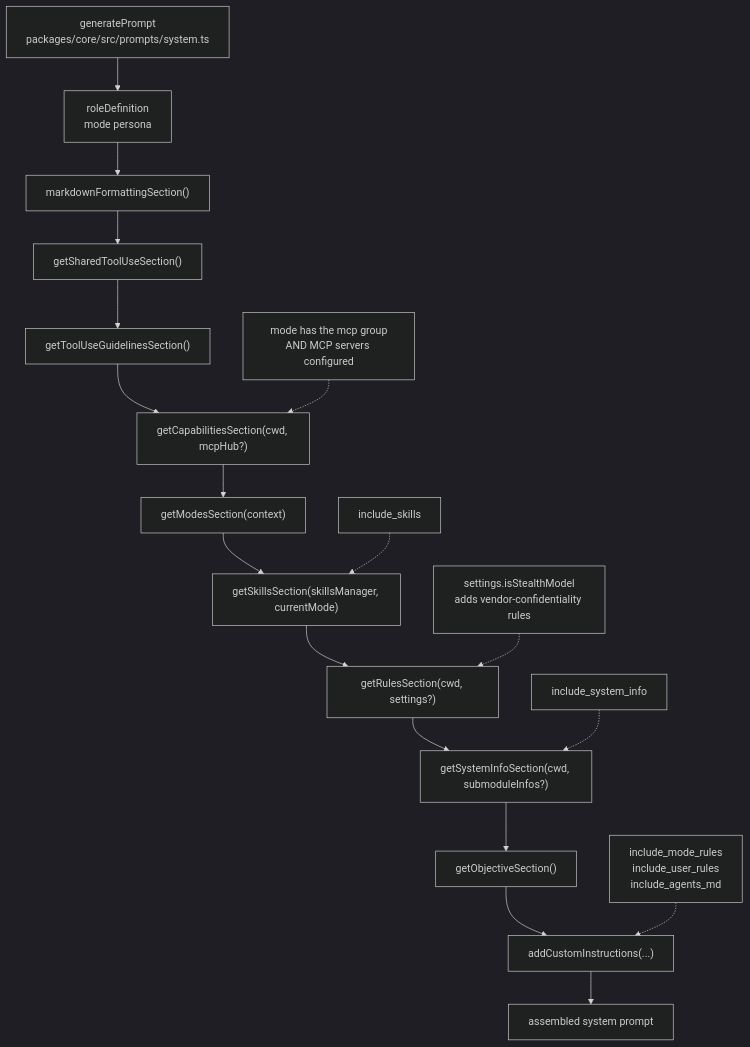
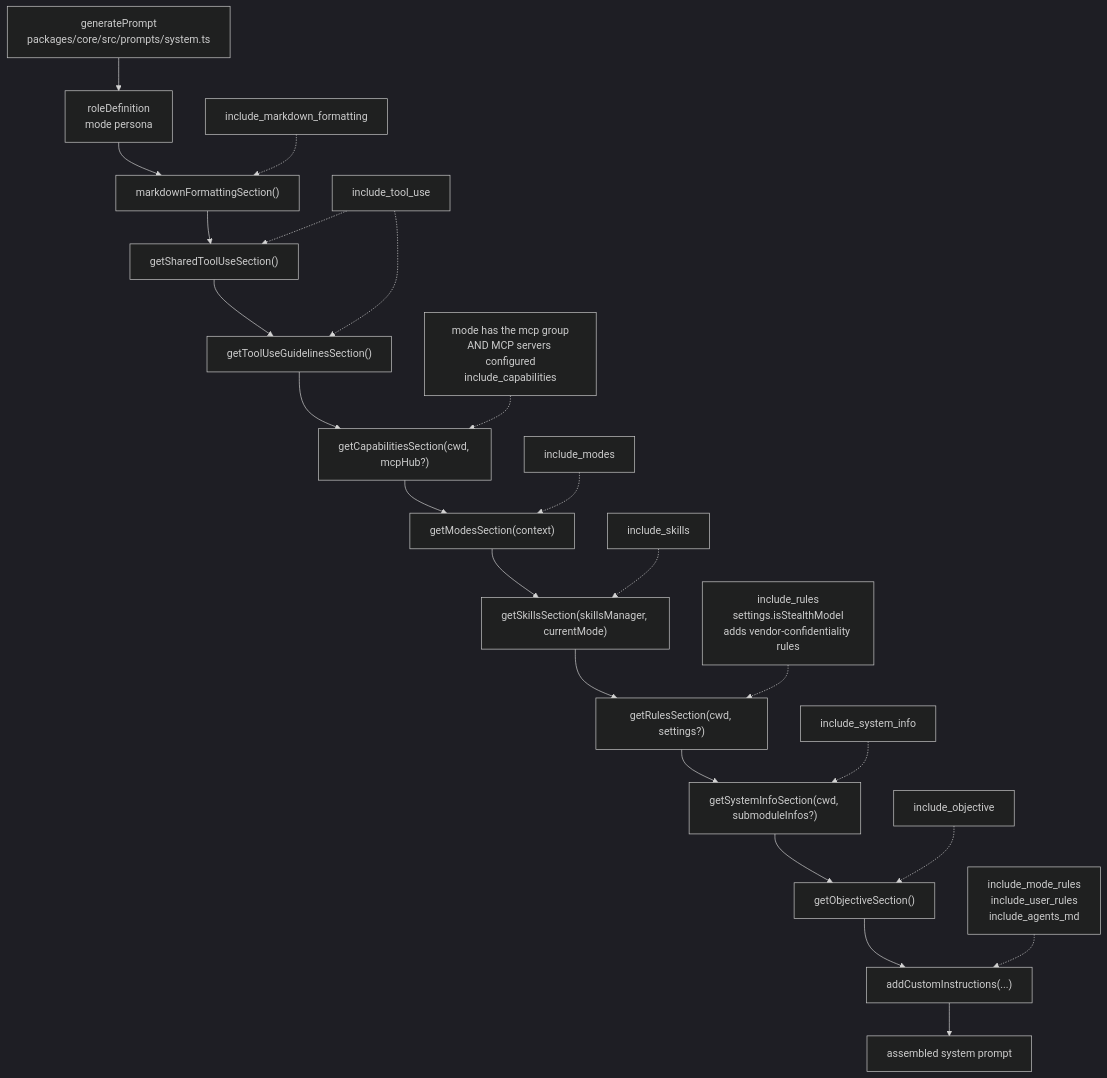
One commit to shofer-dev/shofer changed the diagram in docs/system_prompt.md. Above: the diagram before and after it, drawn with Mermaid (dark theme). The commit also changed other lines of this file and 13 other files, not shown here.

````diff
--- a/docs/system_prompt.md
+++ b/docs/system_prompt.md
@@ -24,32 +24,41 @@
 ```mermaid
 flowchart TB
     GP["generatePrompt<br/>packages/core/src/prompts/system.ts"]
 
     S1["roleDefinition<br/>mode persona"]
     S2["markdownFormattingSection()"]
     S3["getSharedToolUseSection()"]
     S4["getToolUseGuidelinesSection()"]
     S5["getCapabilitiesSection(cwd, mcpHub?)"]
     S6["getModesSection(context)"]
     S7["getSkillsSection(skillsManager, currentMode)"]
     S8["getRulesSection(cwd, settings?)"]
     S9["getSystemInfoSection(cwd, submoduleInfos?)"]
     S10["getObjectiveSection()"]
     S11["addCustomInstructions(...)"]
 
     OUT["assembled system prompt"]
 
     GP --> S1 --> S2 --> S3 --> S4 --> S5 --> S6 --> S7 --> S8 --> S9 --> S10 --> S11 --> OUT
 
-    G5["mode has the mcp group<br/>AND MCP servers configured"]
+    G2["include_markdown_formatting"]
+    G34["include_tool_use"]
+    G5["mode has the mcp group<br/>AND MCP servers configured<br/>include_capabilities"]
+    G6["include_modes"]
     G7["include_skills"]
-    G8["settings.isStealthModel<br/>adds vendor-confidentiality rules"]
+    G8["include_rules<br/>settings.isStealthModel<br/>adds vendor-confidentiality rules"]
     G9["include_system_info"]
+    G10["include_objective"]
     G11["include_mode_rules<br/>include_user_rules<br/>include_agents_md"]
 
+    G2 -.-> S2
+    G34 -.-> S3
+    G34 -.-> S4
     G5 -.-> S5
+    G6 -.-> S6
     G7 -.-> S7
+    G10 -.-> S10
     G8 -.-> S8
     G9 -.-> S9
     G11 -.-> S11
 ```
````
